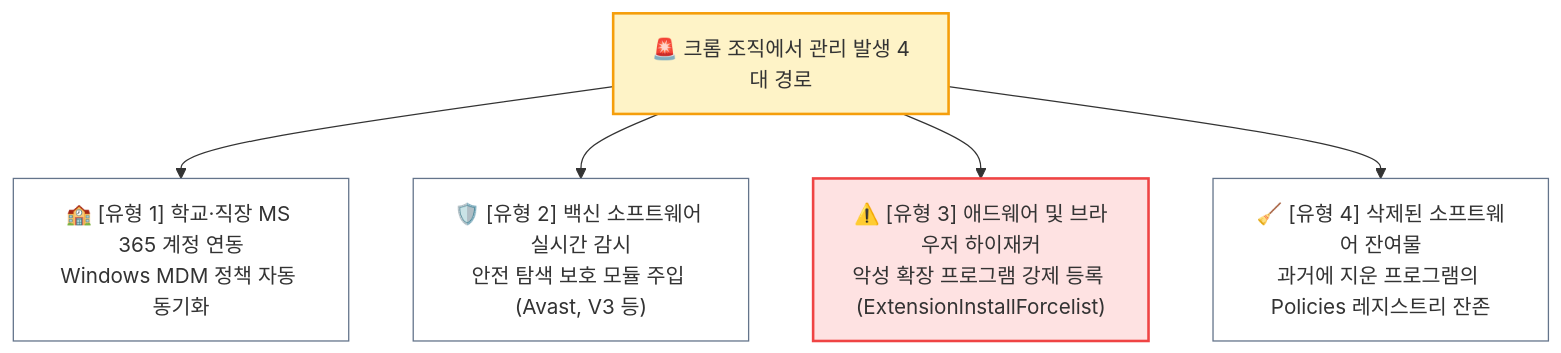
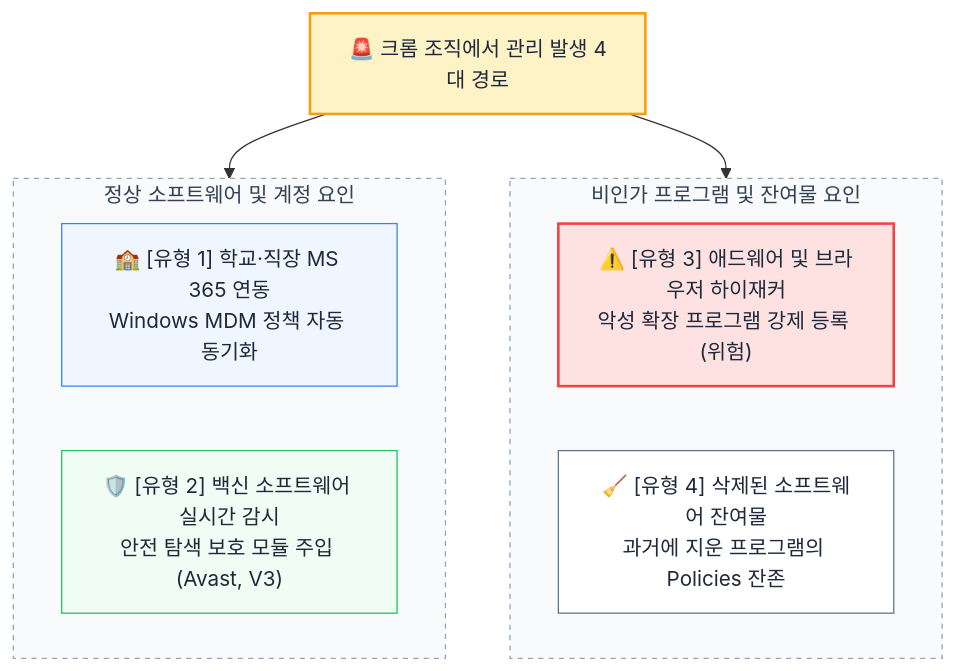
The diagram in files/posts/20260923-1-chrome-managed-by-organization-root-cause-removal-guide.md (seodaeya/seodaeya.github.io), drawn with Mermaid before and after one commit. The commit also changed 3 other files, not shown here.

Commit message:
fix(diagram): optimize chrome policy diagram with 2x2 grouped layout and straight orthogonal arrows

````diff
--- a/files/posts/20260923-1-chrome-managed-by-organization-root-cause-removal-guide.md
+++ b/files/posts/20260923-1-chrome-managed-by-organization-root-cause-removal-guide.md
@@ -65,20 +65,25 @@
 ```mermaid
-graph TD
+flowchart TD
     Root["🚨 크롬 조직에서 관리 발생 4대 경로"]
     
-    C1["🏫 [유형 1] 학교·직장 MS 365 계정 연동<br/>Windows MDM 정책 자동 동기화"]
-    C2["🛡️ [유형 2] 백신 소프트웨어 실시간 감시<br/>안전 탐색 보호 모듈 주입 (Avast, V3 등)"]
-    C3["⚠️ [유형 3] 애드웨어 및 브라우저 하이재커<br/>악성 확장 프로그램 강제 등록 (ExtensionInstallForcelist)"]
-    C4["🧹 [유형 4] 삭제된 소프트웨어 잔여물<br/>과거에 지운 프로그램의 Policies 레지스트리 잔존"]
+    subgraph S1 ["정상 소프트웨어 및 계정 요인"]
+        C1["🏫 [유형 1] 학교·직장 MS 365 연동<br/>Windows MDM 정책 자동 동기화"]
+        C2["🛡️ [유형 2] 백신 소프트웨어 실시간 감시<br/>안전 탐색 보호 모듈 주입 (Avast, V3)"]
+    end
 
-    Root --> C1
-    Root --> C2
-    Root --> C3
-    Root --> C4
+    subgraph S2 ["비인가 프로그램 및 잔여물 요인"]
+        C3["⚠️ [유형 3] 애드웨어 및 브라우저 하이재커<br/>악성 확장 프로그램 강제 등록 (위험)"]
+        C4["🧹 [유형 4] 삭제된 소프트웨어 잔여물<br/>과거에 지운 프로그램의 Policies 잔존"]
+    end
 
-    style Root fill:#fef3c7,stroke:#f59e0b,stroke-width:2px
-    style C1 fill:#ffffff,stroke:#64748b,stroke-width:1px
-    style C2 fill:#ffffff,stroke:#64748b,stroke-width:1px
-    style C3 fill:#fee2e2,stroke:#ef4444,stroke-width:2px
-    style C4 fill:#ffffff,stroke:#64748b,stroke-width:1px
+    Root --> S1
+    Root --> S2
+
+    style Root fill:#fef3c7,stroke:#f59e0b,stroke-width:2px,color:#1e293b
+    style C1 fill:#eff6ff,stroke:#3b82f6,stroke-width:1px,color:#1e293b
+    style C2 fill:#f0fdf4,stroke:#22c55e,stroke-width:1px,color:#1e293b
+    style C3 fill:#fee2e2,stroke:#ef4444,stroke-width:2px,color:#1e293b
+    style C4 fill:#ffffff,stroke:#64748b,stroke-width:1px,color:#1e293b
+    style S1 fill:#f8fafc,stroke:#94a3b8,stroke-width:1px,stroke-dasharray: 4 4,color:#334155
+    style S2 fill:#f8fafc,stroke:#94a3b8,stroke-width:1px,stroke-dasharray: 4 4,color:#334155
 ```
````
